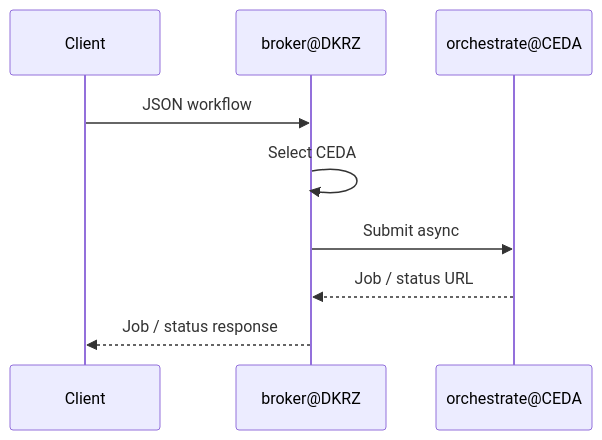
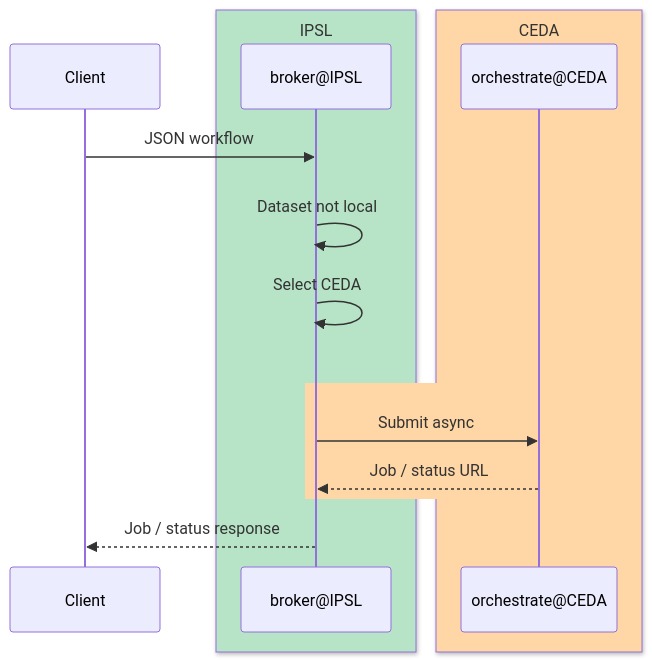
Diagram 15 of 22 in ARCH_ESGF2.md (roocs/rook), drawn with Mermaid before and after one commit. The commit also changed other lines of this file, not shown here.

````diff
--- a/ARCH_ESGF2.md
+++ b/ARCH_ESGF2.md
@@ -486,12 +540,26 @@
 ```mermaid
 sequenceDiagram
     participant C as Client
-    participant B as broker@DKRZ
-    participant O as orchestrate@CEDA
+
+    box rgb(183, 228, 199) IPSL
+        participant B as broker@IPSL
+    end
+
+    box rgb(255, 214, 165) CEDA
+        participant O as orchestrate@CEDA
+    end
 
     C->>B: JSON workflow
-    B->>B: Select CEDA
-    B->>O: Submit async
-    O-->>B: Job / status URL
+
+    rect rgb(183, 228, 199)
+        B->>B: Dataset not local
+        B->>B: Select CEDA
+    end
+
+    rect rgb(255, 214, 165)
+        B->>O: Submit async
+        O-->>B: Job / status URL
+    end
+
     B-->>C: Job / status response
 ```
````
